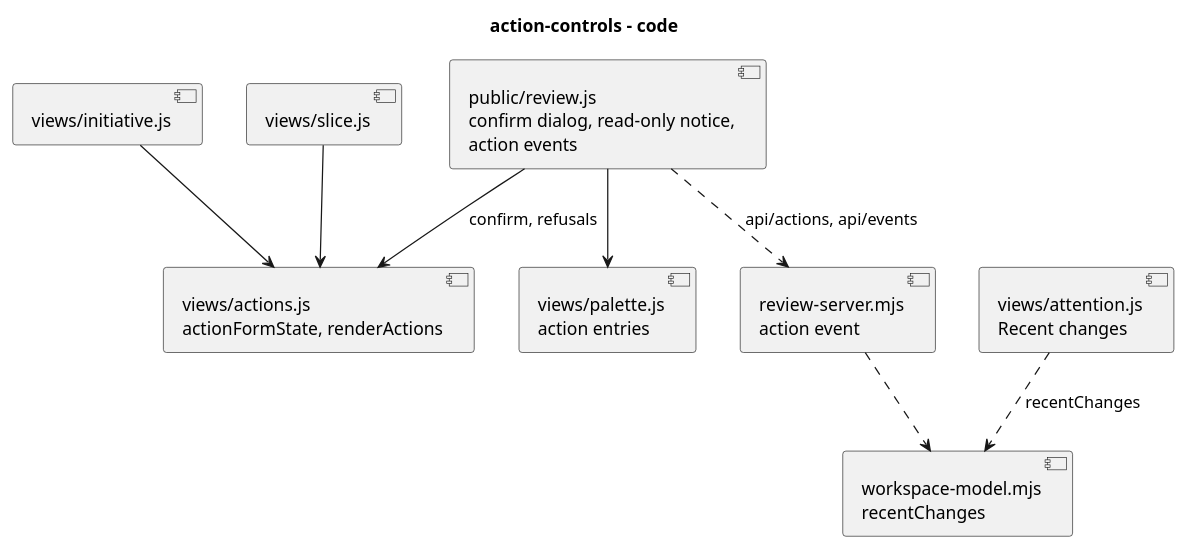
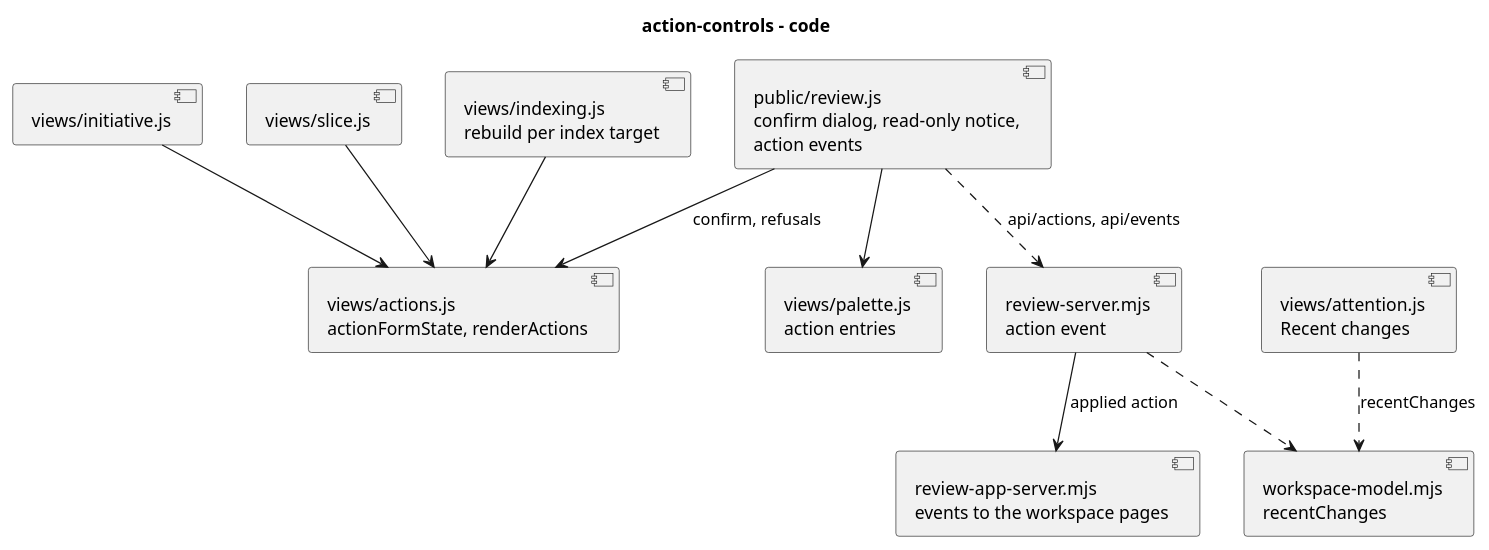
Before and after one commit to RumyantsevMichael/Prism: the diagram in docs/plans/initiative-settings-actions/action-controls/code.puml, drawn with PlantUML. The commit also changed 21 other files, not shown here.

```diff
--- a/docs/plans/initiative-settings-actions/action-controls/code.puml
+++ b/docs/plans/initiative-settings-actions/action-controls/code.puml
@@ -1,18 +1,22 @@
 @startuml
 title action-controls - code
 component "views/actions.js\nactionFormState, renderActions" as Actions
 component "views/initiative.js" as InitiativeView
 component "views/slice.js" as SliceView
+component "views/indexing.js\nrebuild per index target" as Indexing
 component "views/attention.js\nRecent changes" as Attention
 component "views/palette.js\naction entries" as Palette
 component "public/review.js\nconfirm dialog, read-only notice,\naction events" as Page
 component "review-server.mjs\naction event" as Routes
+component "review-app-server.mjs\nevents to the workspace pages" as App
 component "workspace-model.mjs\nrecentChanges" as Model
 InitiativeView --> Actions
 SliceView --> Actions
+Indexing --> Actions
 Page --> Palette
 Page --> Actions : confirm, refusals
 Page ..> Routes : api/actions, api/events
+Routes --> App : applied action
 Attention ..> Model : recentChanges
 Routes ..> Model
 @enduml
```
